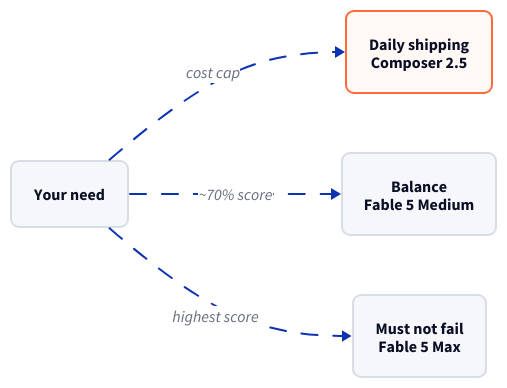
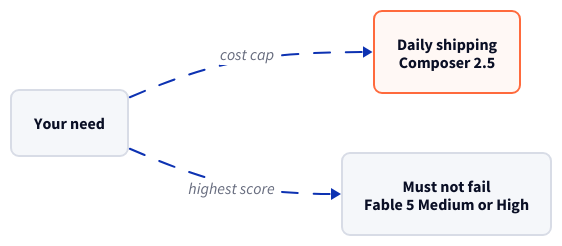
Before and after one commit to petralian/Petralian: the diagram in content/posts/cursorbench-fable-5-composer-2-5-cost-vs-score.md, drawn with D2. The commit also changed other lines of this file and 28 other files, not shown here.

````diff
--- a/content/posts/cursorbench-fable-5-composer-2-5-cost-vs-score.md
+++ b/content/posts/cursorbench-fable-5-composer-2-5-cost-vs-score.md
@@ -114,31 +114,24 @@
 ```d2
 direction: right
 
 need: "Your need" {
   style.fill: "#f5f7fa"
   style.stroke: "#d8dce6"
   style.border-radius: 8
 }
 
 budget: "Daily shipping\nComposer 2.5" {
   style.fill: "#fff8f5"
   style.stroke: "#ff6a3d"
   style.border-radius: 8
 }
 
-balance: "Balance\nFable 5 Medium" {
-  style.fill: "#f5f7fa"
-  style.stroke: "#d8dce6"
-  style.border-radius: 8
-}
-
-max: "Must not fail\nFable 5 Max" {
+max: "Must not fail\nFable 5 Medium or High" {
   style.fill: "#f5f7fa"
   style.stroke: "#d8dce6"
   style.border-radius: 8
 }
 
 need -> budget: "cost cap" { style.stroke-dash: 8 }
-need -> balance: "~70% score" { style.stroke-dash: 8 }
 need -> max: "highest score" { style.stroke-dash: 8 }
 ```
````
